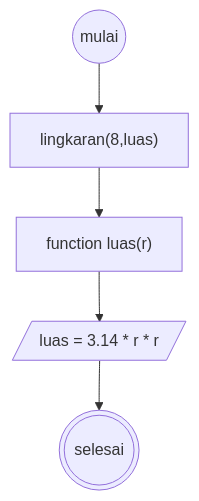
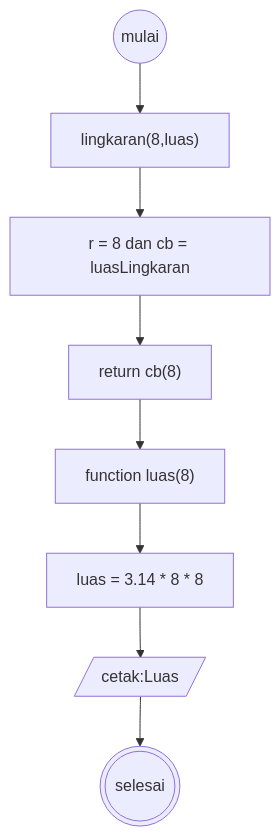
One commit to asasonda/koda-b1-javascript2 changed the first of 2 diagrams in koda-b1-minitask4.md. Above: the diagram before and after it, drawn with Mermaid. The commit also changed other lines of this file, not shown here.

````diff
--- a/koda-b1-minitask4.md
+++ b/koda-b1-minitask4.md
@@ -5,7 +5,11 @@
 ```mermaid
 flowchart TD
     start((mulai)) --> luas["lingkaran(8,luas)"]
-    luas --> menuju["function luas(r)"]
-    menuju --> cetak[/luas = 3.14 * r * r/]
+    luas --> utama[r = 8 dan cb = luasLingkaran]
+    utama --> return["return cb(8)"]
+    return --> menuju["function luas(8)"]
+    menuju --> rumus[luas = 3.14 * 8 * 8]
+    rumus --> cetak[/cetak:Luas/]
+
     cetak --> selesai(((selesai)))
 ```
````
